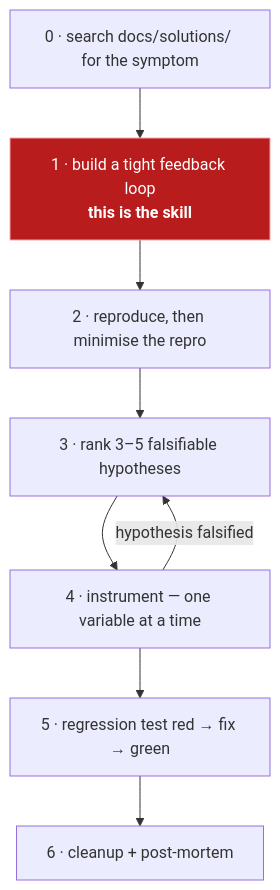
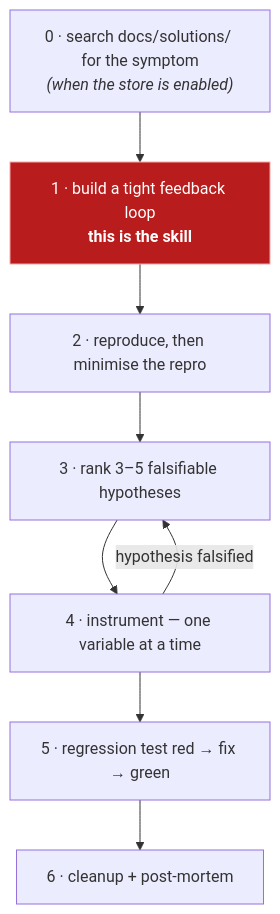
Before and after one commit to toverux/cantrips: the fifth of 5 diagrams in README.md, drawn with Mermaid. The commit also changed other lines of this file and 22 other files, not shown here.

````diff
--- a/README.md
+++ b/README.md
@@ -341,13 +412,13 @@
 ```mermaid
 flowchart TD
-    p0["0 · search docs/solutions/ for the symptom"] --> p1["1 · build a tight feedback loop<br/><b>this is the skill</b>"]
+    p0["0 · search docs/solutions/ for the symptom<br/><i>(when the store is enabled)</i>"] --> p1["1 · build a tight feedback loop<br/><b>this is the skill</b>"]
     p1 --> p2["2 · reproduce, then minimise the repro"]
     p2 --> p3["3 · rank 3–5 falsifiable hypotheses"]
     p3 --> p4["4 · instrument — one variable at a time"]
     p4 -- "hypothesis falsified" --> p3
     p4 --> p5["5 · regression test red → fix → green"]
     p5 --> p6["6 · cleanup + post-mortem"]
 
     classDef loopNode fill:#b91c1c,stroke:#fca5a5,color:#ffffff
     class p1 loopNode
 ```
````
